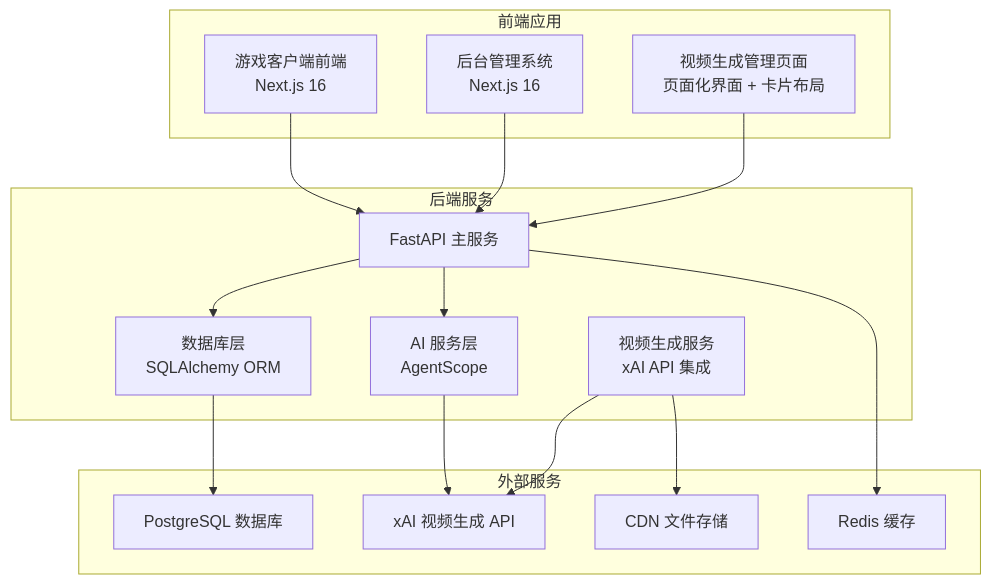
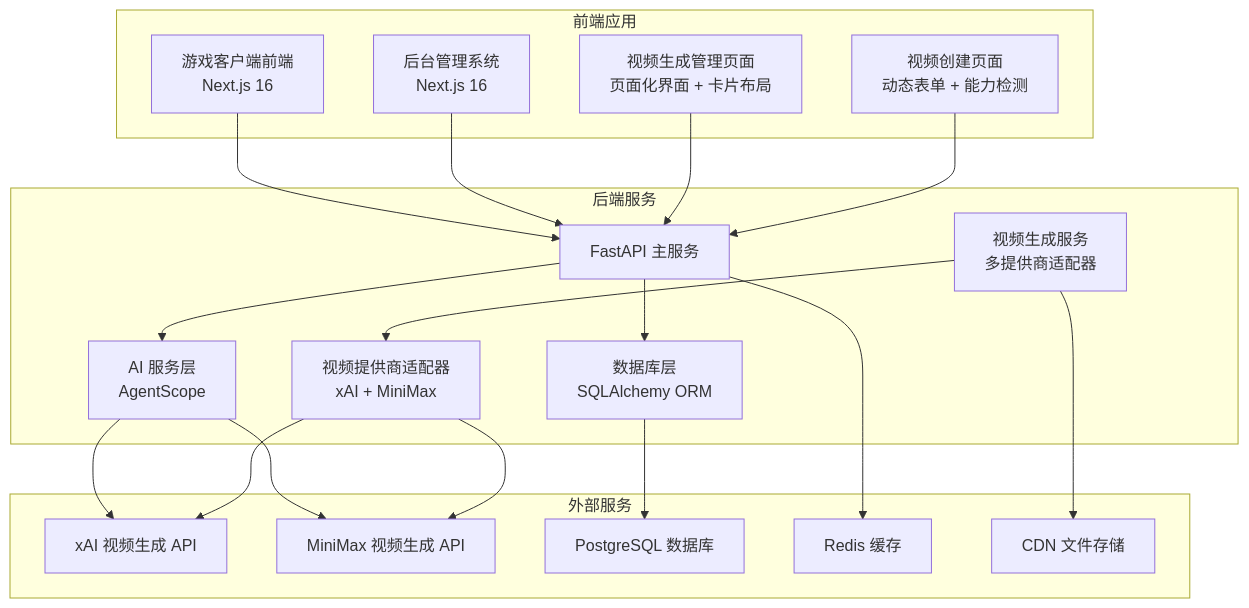
One commit to KunLabAI/KunFlix changed the first of 17 diagrams in .qoder/repowiki/zh/content/后端开发指南/视频生成系统.md. Above: the diagram before and after it, drawn with Mermaid. The commit also changed other lines of this file and 10 other files, not shown here.

````diff
--- a/.qoder/repowiki/zh/content/后端开发指南/视频生成系统.md
+++ b/.qoder/repowiki/zh/content/后端开发指南/视频生成系统.md
@@ -62,30 +72,37 @@
 ```mermaid
 graph TB
 subgraph "前端应用"
 FE1[游戏客户端前端<br/>Next.js 16]
 FE2[后台管理系统<br/>Next.js 16]
 FE3[视频生成管理页面<br/>页面化界面 + 卡片布局]
+FE4[视频创建页面<br/>动态表单 + 能力检测]
 end
 subgraph "后端服务"
 BE1[FastAPI 主服务]
 BE2[数据库层<br/>SQLAlchemy ORM]
 BE3[AI 服务层<br/>AgentScope]
-BE4[视频生成服务<br/>xAI API 集成]
+BE4[视频生成服务<br/>多提供商适配器]
+BE5[视频提供商适配器<br/>xAI + MiniMax]
 end
 subgraph "外部服务"
 ES1[xAI 视频生成 API]
-ES2[PostgreSQL 数据库]
-ES3[Redis 缓存]
-ES4[CDN 文件存储]
+ES2[MiniMax 视频生成 API]
+ES3[PostgreSQL 数据库]
+ES4[Redis 缓存]
+ES5[CDN 文件存储]
 end
 FE1 --> BE1
 FE2 --> BE1
 FE3 --> BE1
+FE4 --> BE1
 BE1 --> BE2
 BE1 --> BE3
 BE3 --> ES1
-BE4 --> ES1
-BE2 --> ES2
-BE1 --> ES3
-BE4 --> ES4
+BE3 --> ES2
+BE4 --> BE5
+BE5 --> ES1
+BE5 --> ES2
+BE2 --> ES3
+BE1 --> ES4
+BE4 --> ES5
 ```
````
